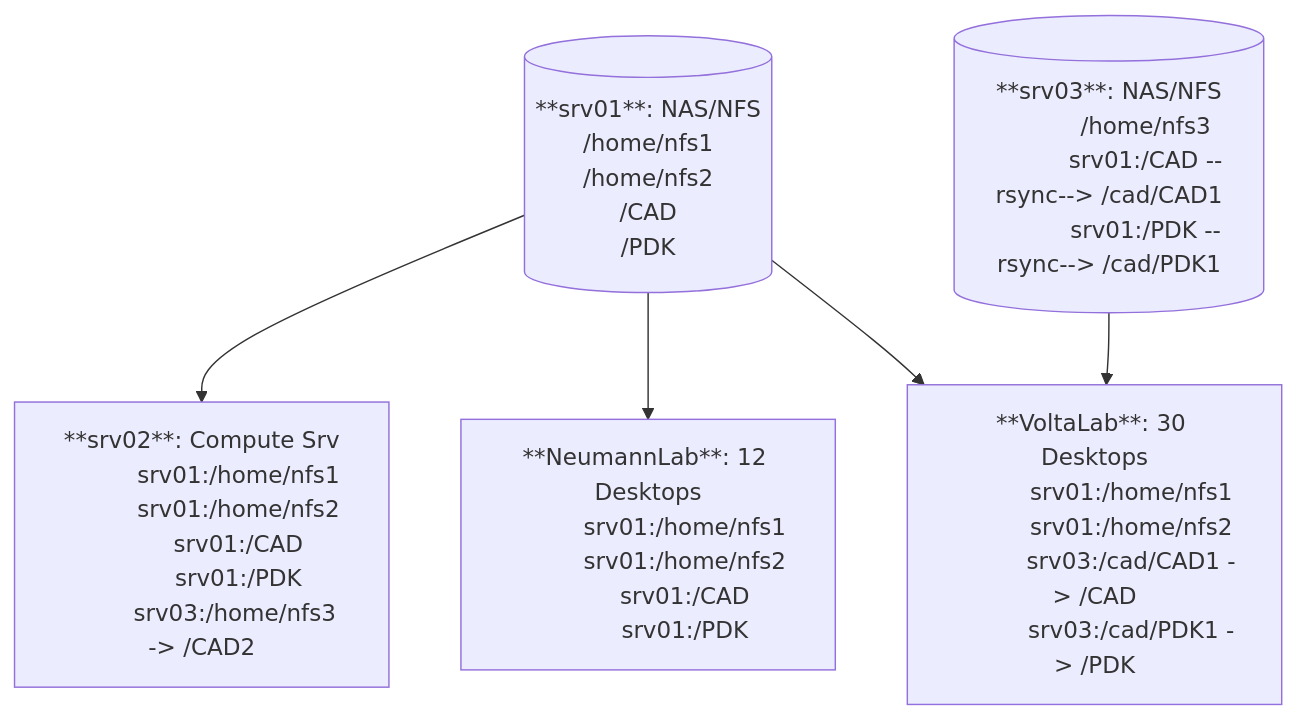
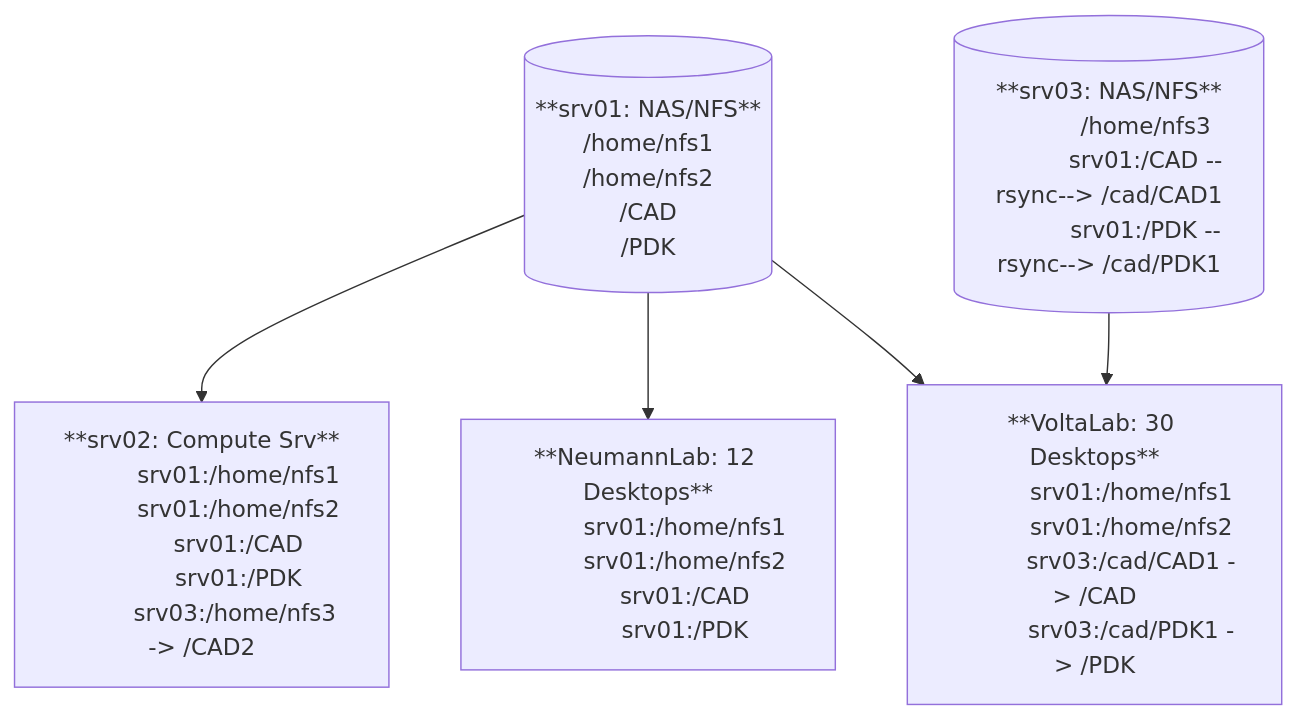
One commit to silicon-vlsi/silicon-vlsi.github.io changed the diagram in wiki/wiki-it.md. Above: the diagram before and after it, drawn with Mermaid. The commit also changed other lines of this file, not shown here.

````diff
--- a/wiki/wiki-it.md
+++ b/wiki/wiki-it.md
@@ -1287,39 +1288,45 @@
 ```mermaid
+
 graph TD;
-  srv01[(**srv01**: NAS/NFS
+
+  srv01[(**srv01: NAS/NFS**
           /home/nfs1
           /home/nfs2
           /CAD
           /PDK
-         )]
-  srv03[(**srv03**: NAS/NFS
+         )];
+
+  srv03[(**srv03: NAS/NFS**
           /home/nfs3
           srv01:/CAD --rsync--> /cad/CAD1
           srv01:/PDK --rsync--> /cad/PDK1
-         )]
+         )];
 
-  srv02[ **srv02**: Compute Srv
+  srv02[ **srv02: Compute Srv**
           srv01:/home/nfs1
           srv01:/home/nfs2
           srv01:/CAD
           srv01:/PDK
           srv03:/home/nfs3 -> /CAD2
-        ]
-  voltaLab[**VoltaLab**: 30 Desktops
+        ];
+
+  voltaLab[**VoltaLab: 30 Desktops**
           srv01:/home/nfs1
           srv01:/home/nfs2
           srv03:/cad/CAD1 -> /CAD
           srv03:/cad/PDK1 -> /PDK
-        ]
-  neumannLab[**NeumannLab**: 12 Desktops
+        ];
+
+  neumannLab[**NeumannLab: 12 Desktops**
           srv01:/home/nfs1
           srv01:/home/nfs2
           srv01:/CAD
           srv01:/PDK
-        ]
+        ];
+
   srv01 --> srv02;
   srv01 --> neumannLab;
   srv01 --> voltaLab;
   srv03 --> voltaLab;
   
 ```
````
